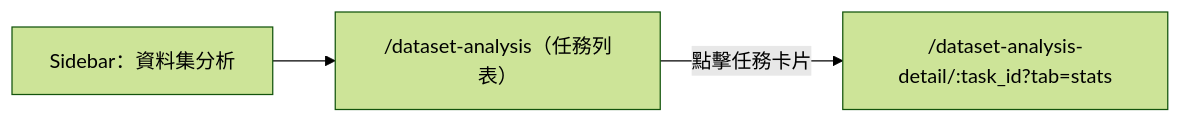
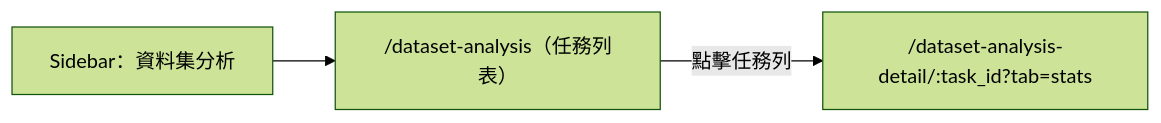
One commit to singyichen/label-suite changed the second of 2 diagrams in specs/dataset/016-dataset-analysis-list/spec.md. Above: the diagram before and after it, drawn with Mermaid (forest theme). The commit also changed other lines of this file and 3 other files, not shown here.

Commit message:
feat(dataset): refresh dataset analysis list table

````diff
--- a/specs/dataset/016-dataset-analysis-list/spec.md
+++ b/specs/dataset/016-dataset-analysis-list/spec.md
@@ -98,5 +126,5 @@
 ```mermaid
 flowchart LR
     NAV["Sidebar：資料集分析"] --> LIST["/dataset-analysis（任務列表）"]
-    LIST -->|點擊任務卡片| DETAIL["/dataset-analysis-detail/:task_id?tab=stats"]
+    LIST -->|點擊任務列| DETAIL["/dataset-analysis-detail/:task_id?tab=stats"]
 ```
````
